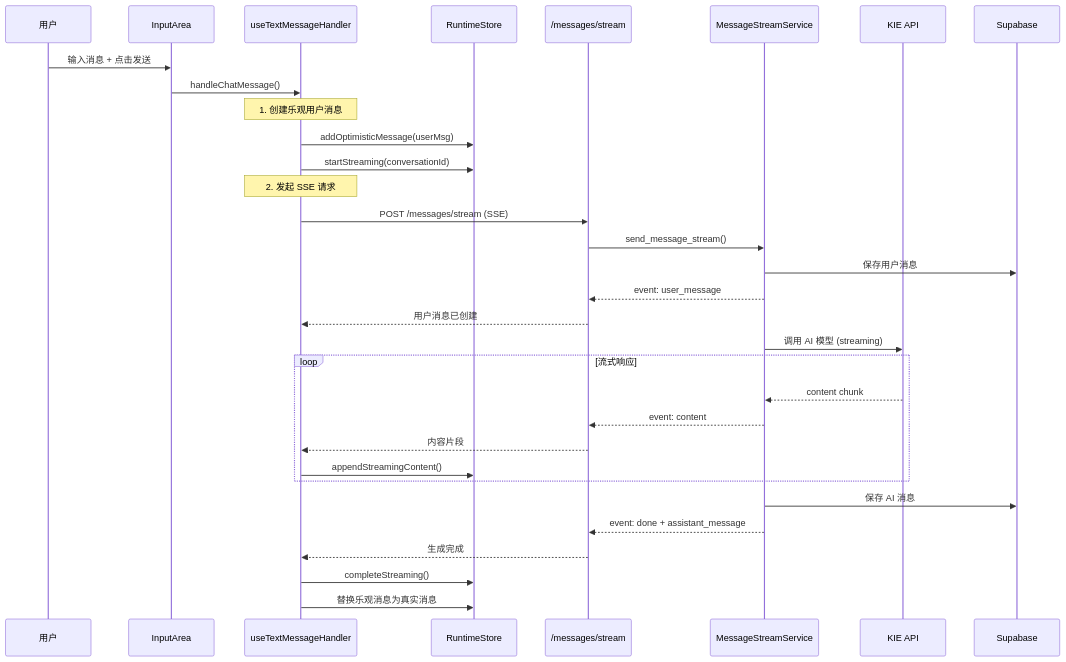
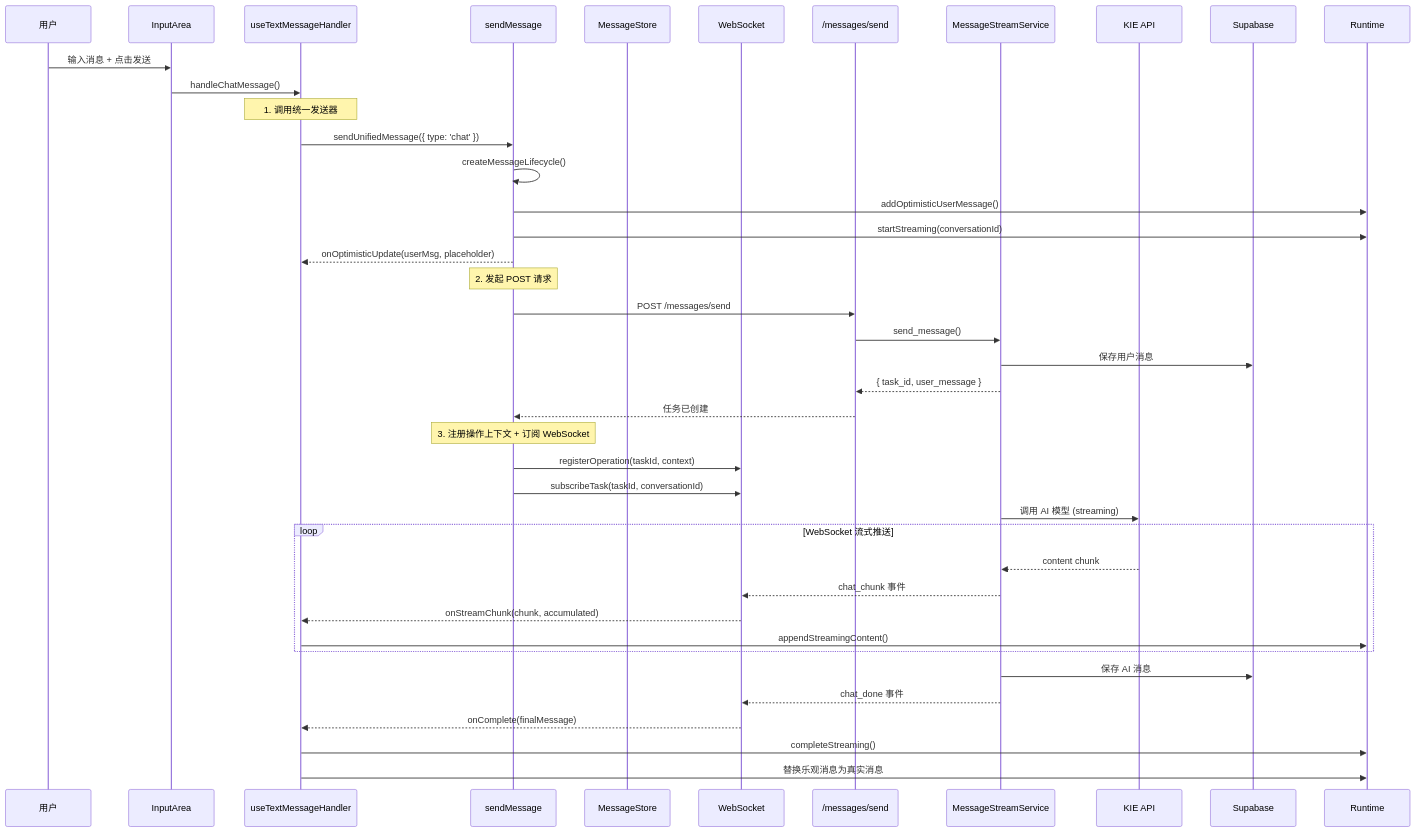
The fourth of 9 diagrams in docs/FLOW_DIAGRAMS.md (wucong75644-crypto/EVERYDAYAIONE), drawn with Mermaid before and after one commit. The commit also changed other lines of this file and 125 other files, not shown here.

````diff
--- a/docs/FLOW_DIAGRAMS.md
+++ b/docs/FLOW_DIAGRAMS.md
@@ -191,42 +184,50 @@
 ```mermaid
 sequenceDiagram
     participant User as 用户
     participant InputArea as InputArea
     participant Handler as useTextMessageHandler
-    participant Runtime as RuntimeStore
-    participant API as /messages/stream
+    participant Sender as sendMessage
+    participant Store as MessageStore
+    participant WS as WebSocket
+    participant API as /messages/send
     participant Service as MessageStreamService
     participant KIE as KIE API
     participant DB as Supabase
 
     User->>InputArea: 输入消息 + 点击发送
     InputArea->>Handler: handleChatMessage()
 
-    Note over Handler: 1. 创建乐观用户消息
-    Handler->>Runtime: addOptimisticMessage(userMsg)
-    Handler->>Runtime: startStreaming(conversationId)
+    Note over Handler: 1. 调用统一发送器
+    Handler->>Sender: sendUnifiedMessage({ type: 'chat' })
+    Sender->>Sender: createMessageLifecycle()
+    Sender->>Runtime: addOptimisticUserMessage()
+    Sender->>Runtime: startStreaming(conversationId)
+    Sender-->>Handler: onOptimisticUpdate(userMsg, placeholder)
 
-    Note over Handler: 2. 发起 SSE 请求
-    Handler->>API: POST /messages/stream (SSE)
+    Note over Sender: 2. 发起 POST 请求
+    Sender->>API: POST /messages/send
+    API->>Service: send_message()
+    Service->>DB: 保存用户消息
+    Service-->>API: { task_id, user_message }
+    API-->>Sender: 任务已创建
 
-    API->>Service: send_message_stream()
-    Service->>DB: 保存用户消息
-    Service-->>API: event: user_message
-    API-->>Handler: 用户消息已创建
+    Note over Sender: 3. 注册操作上下文 + 订阅 WebSocket
+    Sender->>WS: registerOperation(taskId, context)
+    Sender->>WS: subscribeTask(taskId, conversationId)
 
     Service->>KIE: 调用 AI 模型 (streaming)
 
-    loop 流式响应
+    loop WebSocket 流式推送
         KIE-->>Service: content chunk
-        Service-->>API: event: content
-        API-->>Handler: 内容片段
+        Service-->>WS: chat_chunk 事件
+        WS-->>Handler: onStreamChunk(chunk, accumulated)
         Handler->>Runtime: appendStreamingContent()
     end
 
     Service->>DB: 保存 AI 消息
-    Service-->>API: event: done + assistant_message
-    API-->>Handler: 生成完成
+    Service-->>WS: chat_done 事件
+    WS-->>Handler: onComplete(finalMessage)
 
     Handler->>Runtime: completeStreaming()
     Handler->>Runtime: 替换乐观消息为真实消息
 ```
````
